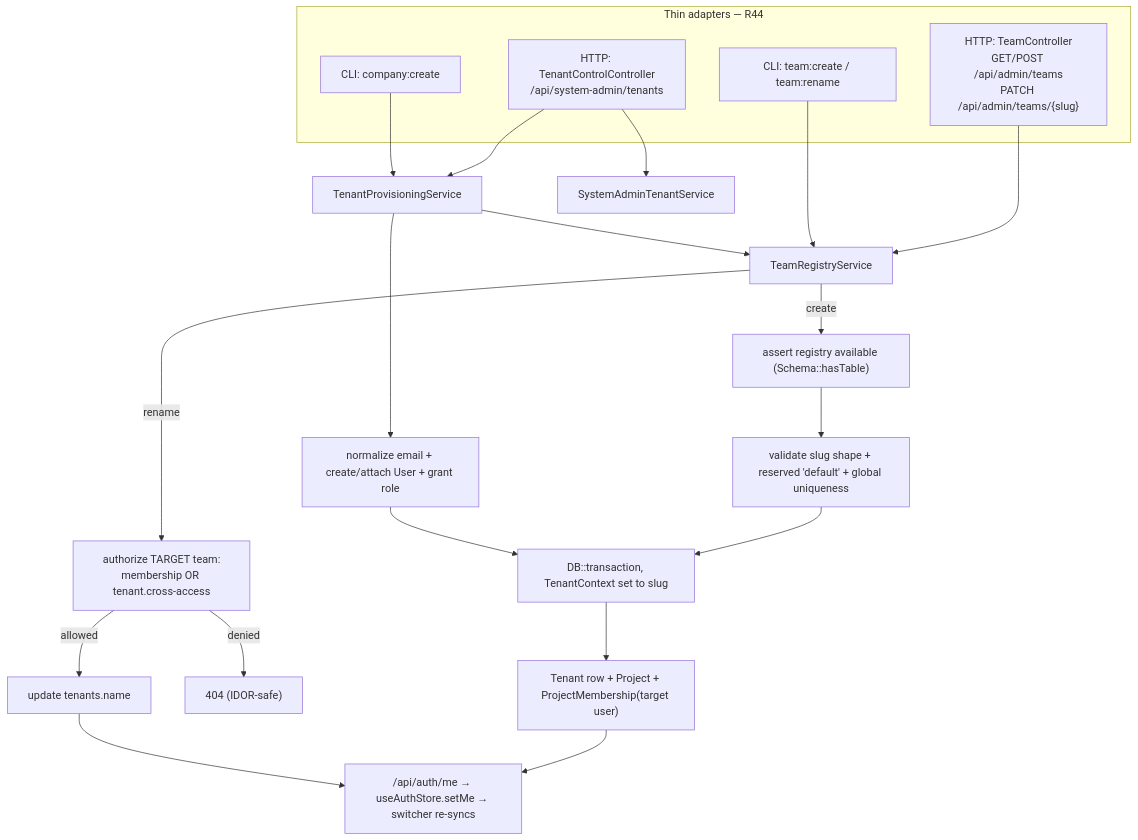
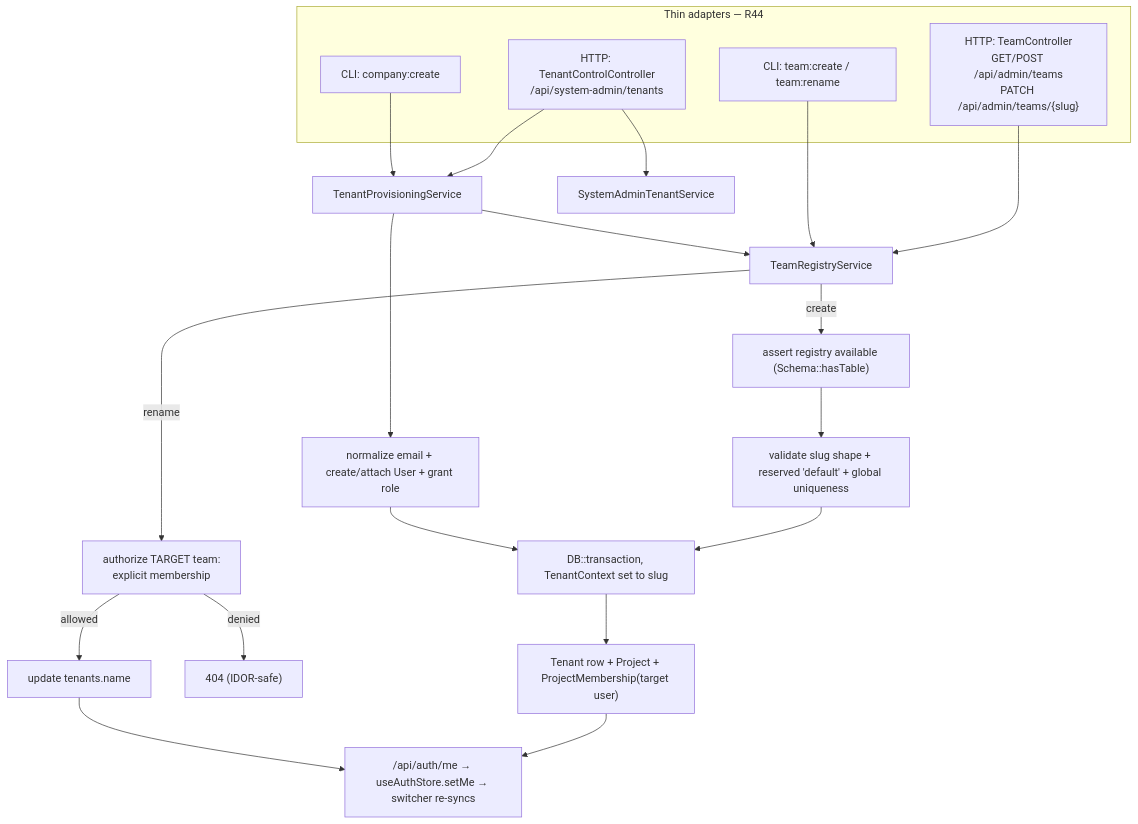
Before and after one commit to lopadova/AskMyDocs: the diagram in docs-site/team-management.mdx, drawn with Mermaid. The commit also changed other lines of this file and 11 other files, not shown here.

Commit message:
docs(tenancy): record membership-only operational access

````diff
--- a/docs-site/team-management.mdx
+++ b/docs-site/team-management.mdx
@@ -41,26 +43,26 @@
 ```mermaid
 flowchart TD
     subgraph Surfaces [Thin adapters — R44]
       H["HTTP: TeamController<br/>GET/POST /api/admin/teams<br/>PATCH /api/admin/teams/{slug}"]
       C["CLI: team:create / team:rename"]
       P["HTTP: TenantControlController<br/>/api/system-admin/tenants"]
       CC["CLI: company:create"]
     end
     H --> S[TeamRegistryService]
     C --> S
     P --> PS[TenantProvisioningService]
     CC --> PS
     PS --> S
     P --> CS[SystemAdminTenantService]
     S -->|create| T1["assert registry available (Schema::hasTable)"]
     T1 --> T2["validate slug shape + reserved 'default' + global uniqueness"]
     T2 --> T3["DB::transaction, TenantContext set to slug"]
     T3 --> T4["Tenant row + Project + ProjectMembership(target user)"]
     PS --> U["normalize email + create/attach User + grant role"]
     U --> T3
-    S -->|rename| R1["authorize TARGET team:<br/>membership OR tenant.cross-access"]
+    S -->|rename| R1["authorize TARGET team:<br/>explicit membership"]
     R1 -->|denied| R2["404 (IDOR-safe)"]
     R1 -->|allowed| R3["update tenants.name"]
     T4 --> M["/api/auth/me → useAuthStore.setMe → switcher re-syncs"]
     R3 --> M
 ```
````
